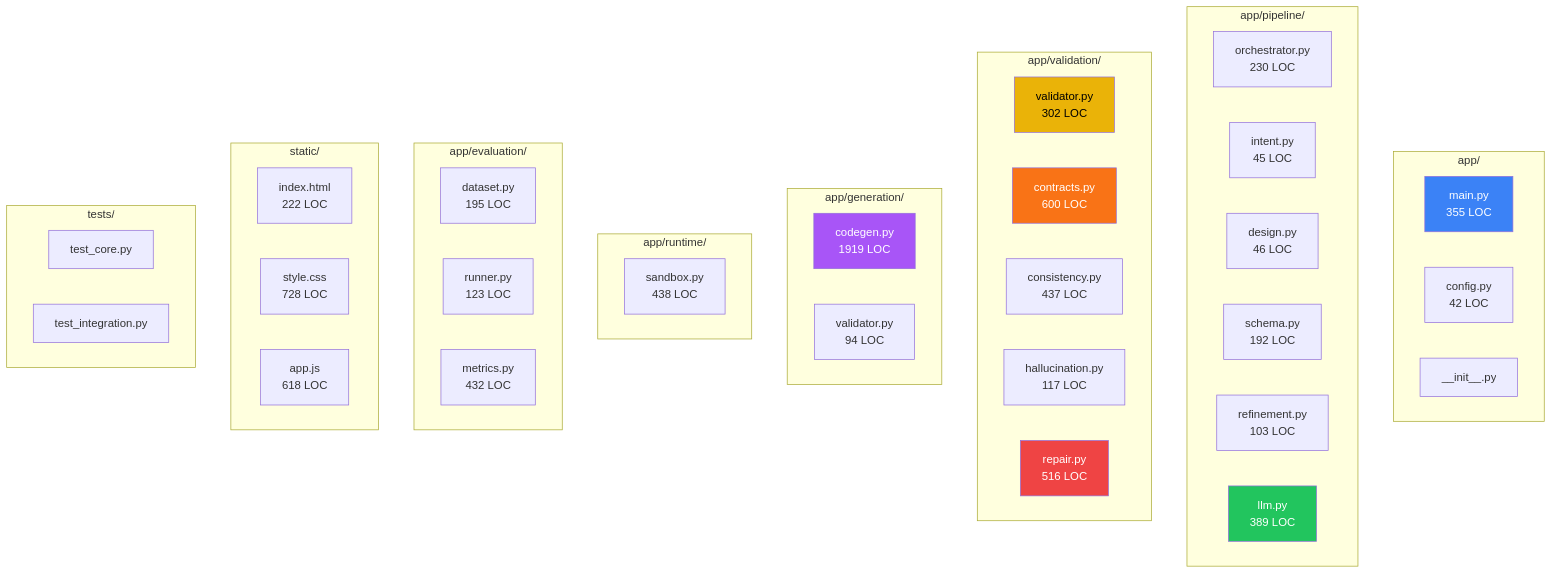
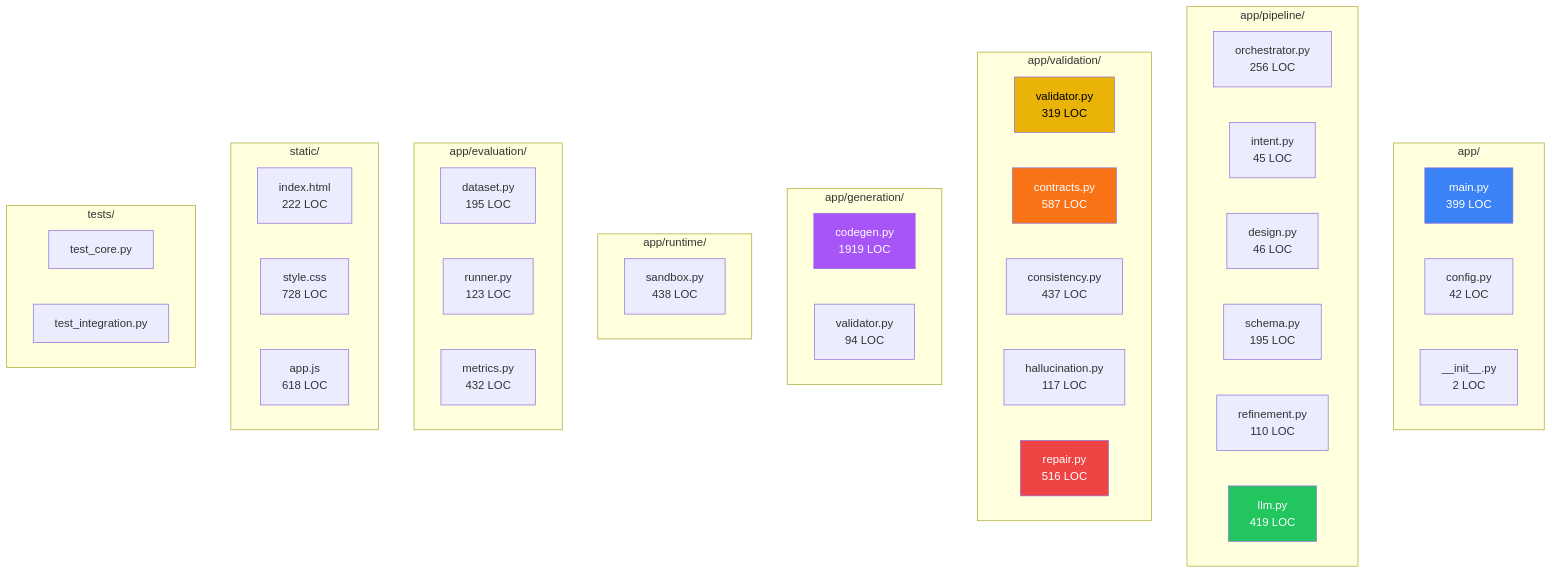
Before and after one commit to notsooamit/app-compiler: the tenth of 19 diagrams in SOFTWARE_ARCHITECTURE.md, drawn with Mermaid. The commit also changed other lines of this file and 2 other files, not shown here.

````diff
--- a/SOFTWARE_ARCHITECTURE.md
+++ b/SOFTWARE_ARCHITECTURE.md
@@ -566,58 +527,58 @@
 ```mermaid
 graph TB
     subgraph "app/"
-        main["main.py<br/>355 LOC"]
+        main["main.py<br/>399 LOC"]
         config["config.py<br/>42 LOC"]
-        init["__init__.py"]
+        init["__init__.py<br/>2 LOC"]
     end
 
     subgraph "app/pipeline/"
-        orch["orchestrator.py<br/>230 LOC"]
+        orch["orchestrator.py<br/>256 LOC"]
         intent["intent.py<br/>45 LOC"]
         design["design.py<br/>46 LOC"]
-        schema_mod["schema.py<br/>192 LOC"]
-        refine["refinement.py<br/>103 LOC"]
-        llm["llm.py<br/>389 LOC"]
+        schema_mod["schema.py<br/>195 LOC"]
+        refine["refinement.py<br/>110 LOC"]
+        llm["llm.py<br/>419 LOC"]
     end
 
     subgraph "app/validation/"
-        validator["validator.py<br/>302 LOC"]
-        contracts["contracts.py<br/>600 LOC"]
+        validator["validator.py<br/>319 LOC"]
+        contracts["contracts.py<br/>587 LOC"]
         consistency["consistency.py<br/>437 LOC"]
         hallucination["hallucination.py<br/>117 LOC"]
         repair["repair.py<br/>516 LOC"]
     end
 
     subgraph "app/generation/"
         codegen["codegen.py<br/>1919 LOC"]
         codeval["validator.py<br/>94 LOC"]
     end
 
     subgraph "app/runtime/"
         sandbox["sandbox.py<br/>438 LOC"]
     end
 
     subgraph "app/evaluation/"
         dataset["dataset.py<br/>195 LOC"]
         runner["runner.py<br/>123 LOC"]
         metrics["metrics.py<br/>432 LOC"]
     end
 
     subgraph "static/"
         html["index.html<br/>222 LOC"]
         css["style.css<br/>728 LOC"]
         js["app.js<br/>618 LOC"]
     end
 
     subgraph "tests/"
         test_core["test_core.py"]
         test_int["test_integration.py"]
     end
 
     style main fill:#3b82f6,color:#fff
     style llm fill:#22c55e,color:#fff
     style contracts fill:#f97316,color:#fff
     style repair fill:#ef4444,color:#fff
     style validator fill:#eab308,color:#000
     style codegen fill:#a855f7,color:#fff
 ```
````
